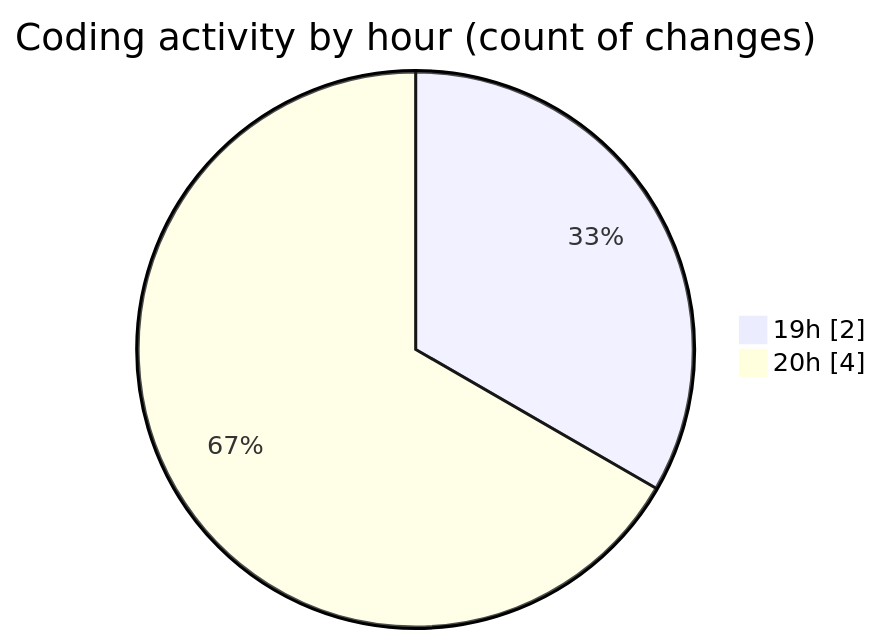
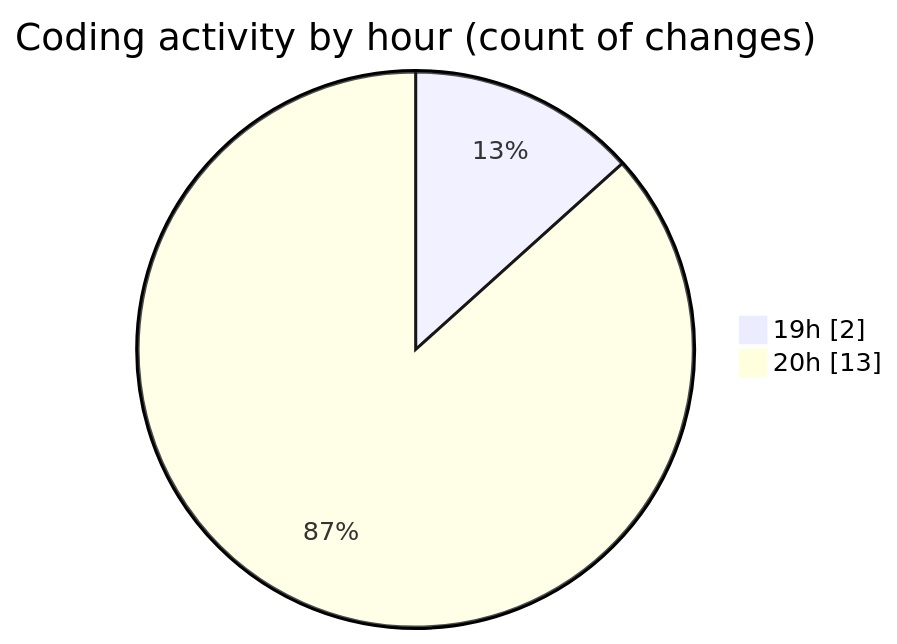
One commit to Ritupan-Deka/code-tracking changed the second of 2 diagrams in 2025-01-20/projects/README.md. Above: the diagram before and after it, drawn with Mermaid. The commit also changed other lines of this file and 1 other file, not shown here.

````diff
--- a/2025-01-20/projects/README.md
+++ b/2025-01-20/projects/README.md
@@ -28,6 +28,6 @@
 ```mermaid
 pie showData
 title Coding activity by hour (count of changes)
 "19h" : 2
-"20h" : 4
+"20h" : 13
 ```
````
